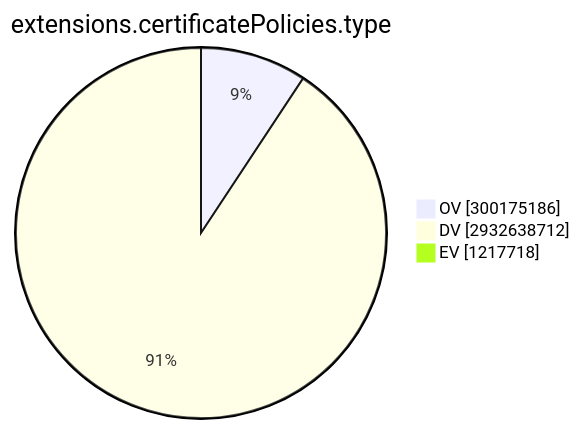
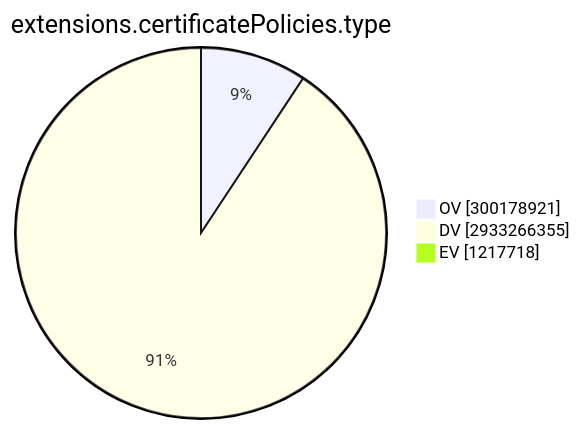
The ninth of 15 diagrams in TOTAL/README.md (christiankrug/ctmonitor_visualization), drawn with Mermaid before and after one commit. The commit also changed other lines of this file, not shown here.

````diff
--- a/TOTAL/README.md
+++ b/TOTAL/README.md
@@ -3101,7 +3101,7 @@
 ```mermaid
 pie showData
 title extensions.certificatePolicies.type
-"OV" :300175186
-"DV" :2932638712
+"OV" :300178921
+"DV" :2933266355
 "EV" :1217718
 ```
````
